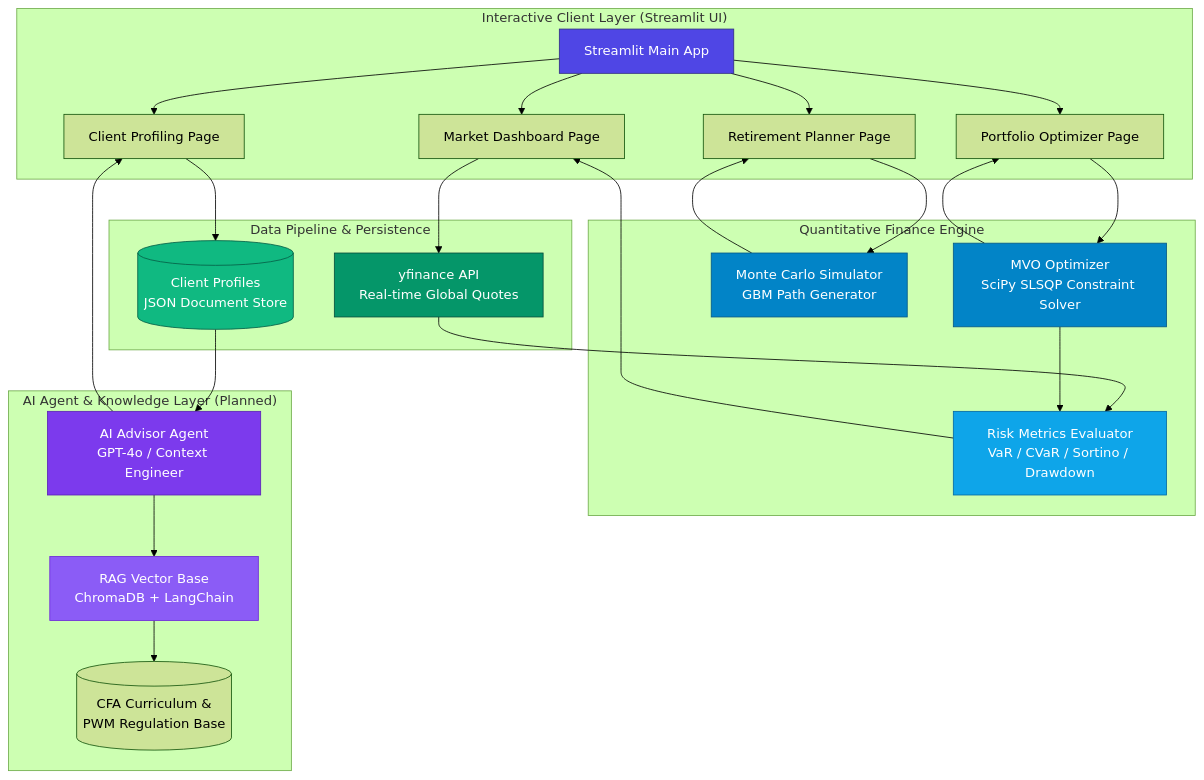
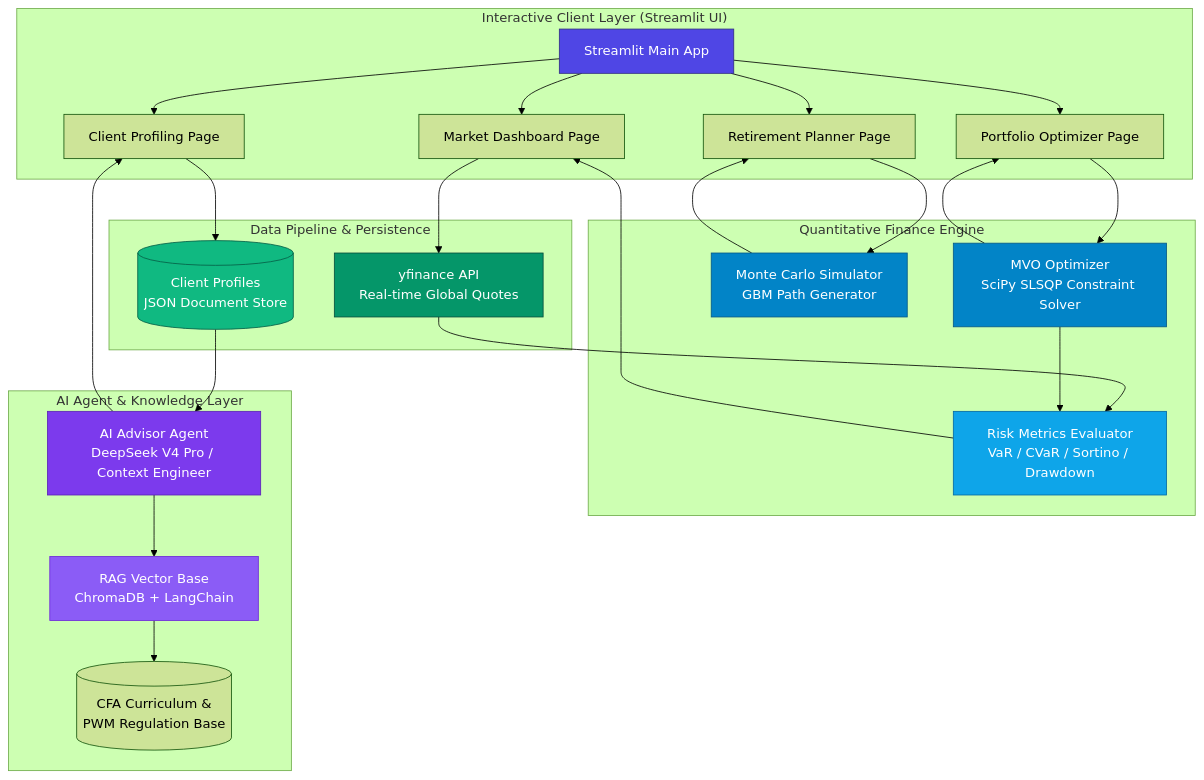
One commit to Michelia-L/AI-WealthPilot changed the diagram in README.ja.md. Above: the diagram before and after it, drawn with Mermaid (forest theme). The commit also changed other lines of this file and 4 other files, not shown here.

````diff
--- a/README.ja.md
+++ b/README.ja.md
@@ -48,62 +48,62 @@
 ```mermaid
 graph TB
     subgraph UI_Layer ["Interactive Client Layer (Streamlit UI)"]
         UI[Streamlit Main App]
         P1[Market Dashboard Page]
         P2[Portfolio Optimizer Page]
         P3[Retirement Planner Page]
         P4[Client Profiling Page]
     end
 
     subgraph Quant_Engine ["Quantitative Finance Engine"]
         MVO[MVO Optimizer<br/>SciPy SLSQP Constraint Solver]
         MC[Monte Carlo Simulator<br/>GBM Path Generator]
         RM[Risk Metrics Evaluator<br/>VaR / CVaR / Sortino / Drawdown]
     end
 
-    subgraph AI_Layer ["AI Agent & Knowledge Layer (Planned)"]
-        Agent[AI Advisor Agent<br/>GPT-4o / Context Engineer]
+    subgraph AI_Layer ["AI Agent & Knowledge Layer"]
+        Agent[AI Advisor Agent<br/>DeepSeek V4 Pro / Context Engineer]
         RAG[RAG Vector Base<br/>ChromaDB + LangChain]
         CFA_KB[(CFA Curriculum &<br/>PWM Regulation Base)]
     end
 
     subgraph Data_Layer ["Data Pipeline & Persistence"]
         YF[yfinance API<br/>Real-time Global Quotes]
         JSON_DB[(Client Profiles<br/>JSON Document Store)]
     end
 
     %% UI Routing
     UI --> P1 & P2 & P3 & P4
 
     %% Market Data Flow
     P1 --> YF
     YF --> RM
     RM --> P1
 
     %% Optimizer Flow
     P2 --> MVO
     MVO --> RM
     MVO --> P2
 
     %% Monte Carlo Flow
     P3 --> MC
     MC --> P3
 
     %% Profiling Flow
     P4 --> JSON_DB
     JSON_DB --> Agent
 
     %% AI Agent & RAG Flow
     Agent --> RAG
     RAG --> CFA_KB
     Agent --> P4
     
     style UI fill:#4f46e5,stroke:#312e81,color:#fff
     style MVO fill:#0284c7,stroke:#075985,color:#fff
     style MC fill:#0284c7,stroke:#075985,color:#fff
     style RM fill:#0ea5e9,stroke:#0369a1,color:#fff
     style Agent fill:#7c3aed,stroke:#5b21b6,color:#fff
     style RAG fill:#8b5cf6,stroke:#6d28d9,color:#fff
     style YF fill:#059669,stroke:#064e3b,color:#fff
     style JSON_DB fill:#10b981,stroke:#065f46,color:#fff
 ```
````
